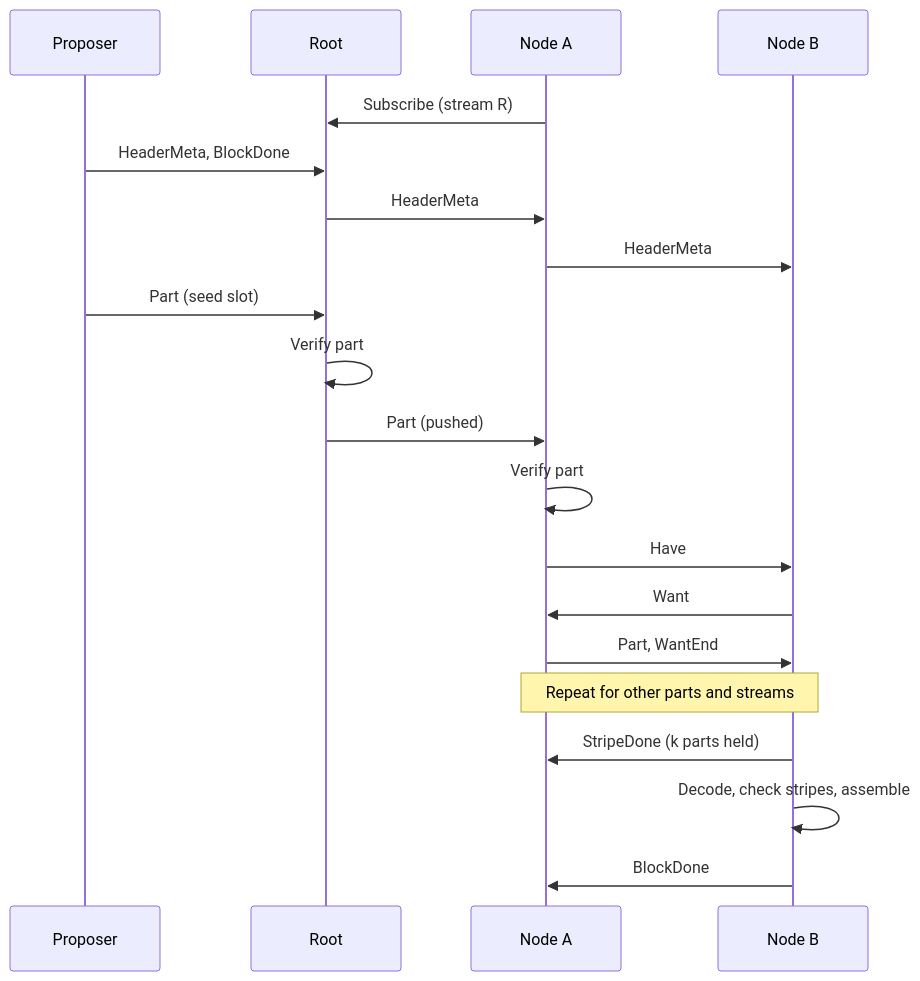
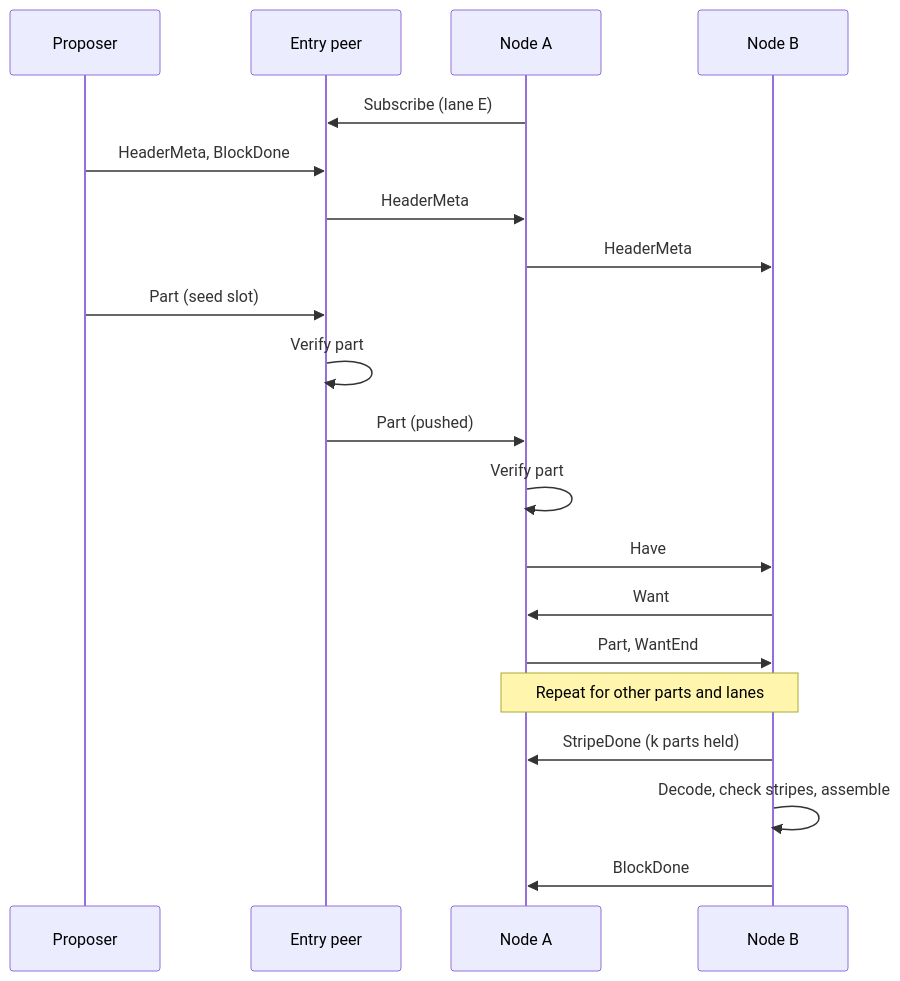
The diagram in docs/design/dogwood.md (zakura-core/zakura), drawn with Mermaid before and after one commit. The commit also changed other lines of this file and 1 other file, not shown here.

First line of the commit message:
docs(dogwood): rename roots to entry peers and streams to lanes

````diff
--- a/docs/design/dogwood.md
+++ b/docs/design/dogwood.md
@@ -129,22 +130,22 @@
 ```mermaid
 sequenceDiagram
     participant P as Proposer
-    participant R as Root
+    participant E as Entry peer
     participant A as Node A
     participant B as Node B
-    A->>R: Subscribe (stream R)
-    P->>R: HeaderMeta, BlockDone
-    R->>A: HeaderMeta
+    A->>E: Subscribe (lane E)
+    P->>E: HeaderMeta, BlockDone
+    E->>A: HeaderMeta
     A->>B: HeaderMeta
-    P->>R: Part (seed slot)
-    R->>R: Verify part
-    R->>A: Part (pushed)
+    P->>E: Part (seed slot)
+    E->>E: Verify part
+    E->>A: Part (pushed)
     A->>A: Verify part
     A->>B: Have
     B->>A: Want
     A->>B: Part, WantEnd
-    Note over A,B: Repeat for other parts and streams
+    Note over A,B: Repeat for other parts and lanes
     B->>A: StripeDone (k parts held)
     B->>B: Decode, check stripes, assemble
     B->>A: BlockDone
 ```
````
